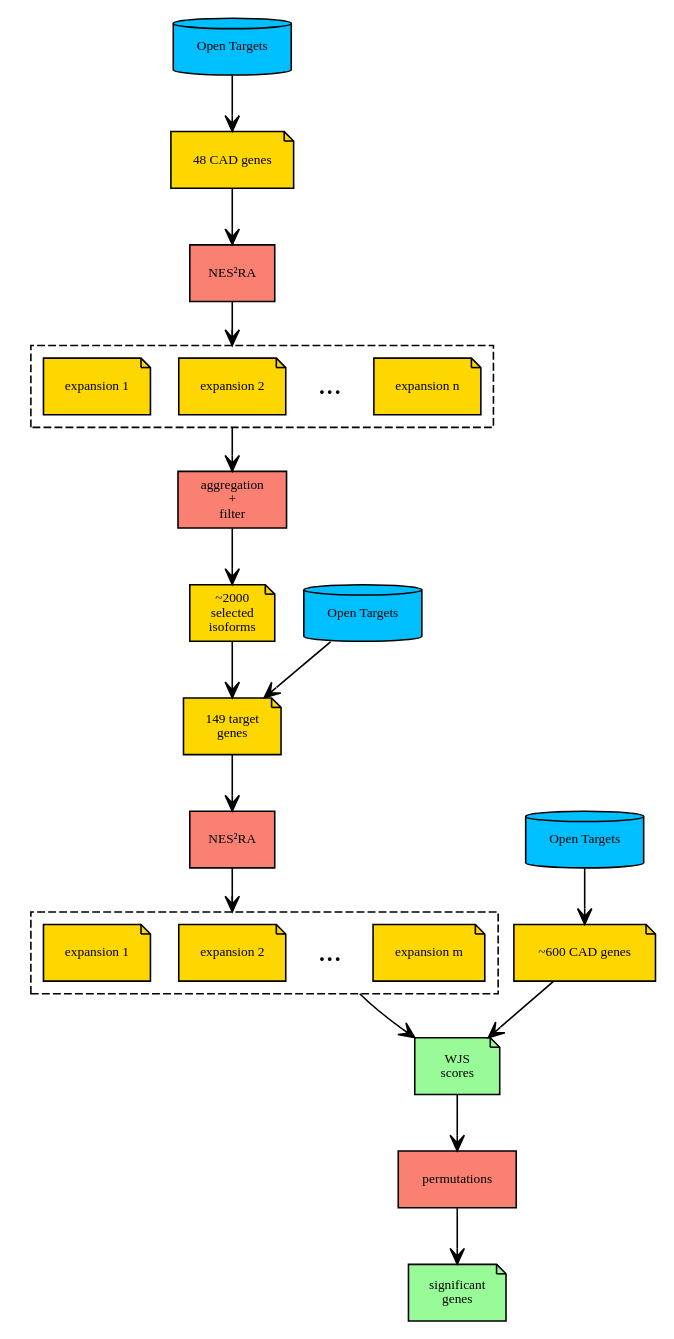
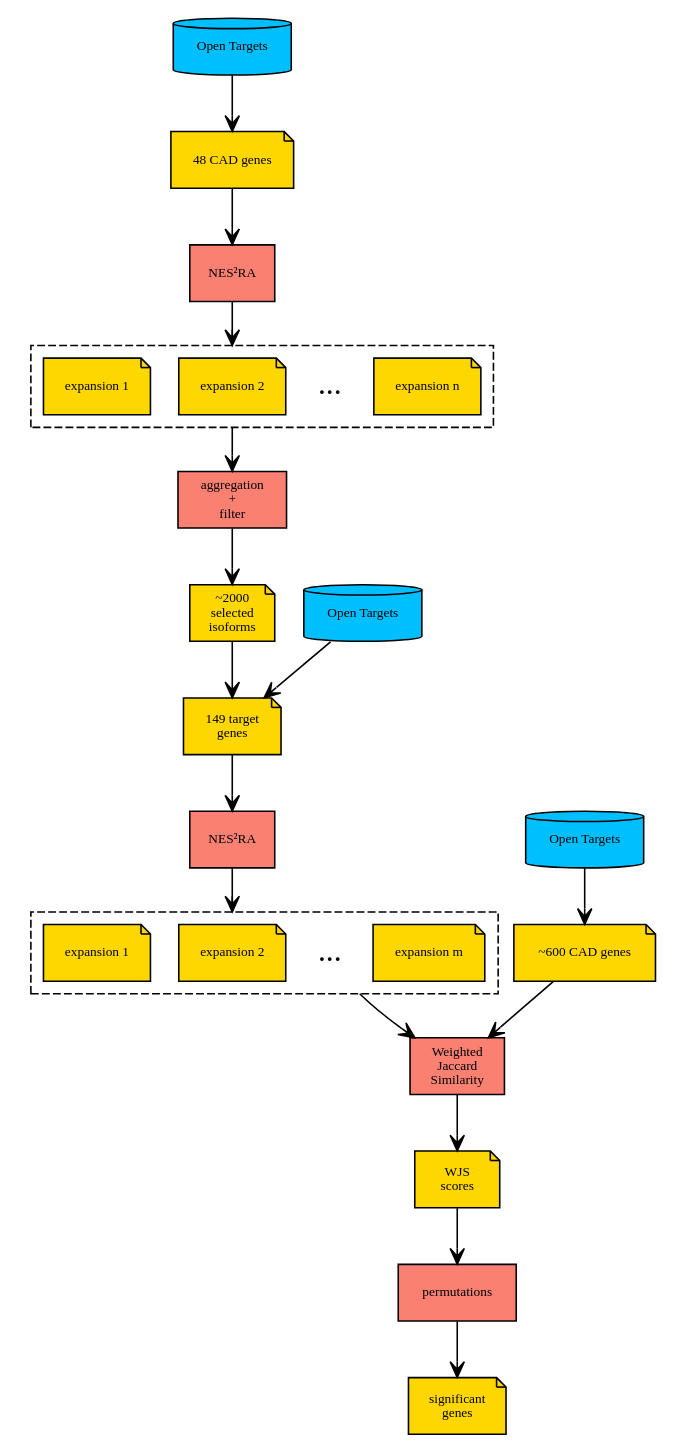
One commit to Matteo-Ciciani/DataMiningReport changed the diagram in pipeline.gv. Above: the diagram before and after it, drawn with Graphviz. The commit also changed 1 other file, not shown here.

```diff
--- a/pipeline.gv
+++ b/pipeline.gv
@@ -1,42 +1,43 @@
 digraph workflow {
     compound = true
     edge[arrowhead = vee]
     node[fontsize = 8.5]
     OT [shape = cylinder, label = "Open Targets", style = filled, fillcolor = DeepSkyBlue]
     CAD [shape = note, label = "48 CAD genes", style = filled, fillcolor = Gold]
     NESSRA [shape = box, label = "NES²RA", style = filled, fillcolor = Salmon]
     subgraph cluster_1 {
         labeljust = "l"
         style = dashed
         n [shape = note, label = "expansion n", style = filled, fillcolor = Gold]
         dots [shape = plain, label = "...", fontsize = 20]
         2 [shape = note, label = "expansion 2", style = filled, fillcolor = Gold]
         1 [shape = note, label = "expansion 1", style = filled, fillcolor = Gold]
     }
     filter [shape = box, label = "aggregation\n+\nfilter", style = filled, fillcolor = Salmon]
     iso_2k [shape = note, label = "~2000\nselected\nisoforms", style = filled, fillcolor = Gold]
     OT2 [shape = cylinder, label = "Open Targets", style = filled, fillcolor = DeepSkyBlue]
     targets [shape = note, label = "149 target\ngenes", style = filled, fillcolor = Gold]
     NESSRA2 [shape = box, label = "NES²RA", style = filled, fillcolor = Salmon]
     subgraph cluster_2 {
         style = dashed
         n2 [shape = note, label = "expansion m", style = filled, fillcolor = Gold]
         dots2 [shape = plain, label = "...", fontsize = 20]
         22 [shape = note, label = "expansion 2", style = filled, fillcolor = Gold]
         12 [shape = note, label = "expansion 1", style = filled, fillcolor = Gold]
     }
     OT3 [shape = cylinder, label = "Open Targets", style = filled, fillcolor = DeepSkyBlue]
     CAD2 [shape = note, label = "~600 CAD genes", style = filled, fillcolor = Gold]
-    WJS [shape = note, label = "WJS\nscores", style = filled, fillcolor = PaleGreen]
+    WJSmethod [shape = box, label = "Weighted\nJaccard\nSimilarity", style = filled, fillcolor = Salmon]
+    WJS [shape = note, label = "WJS\nscores", style = filled, fillcolor = Gold]
     null [shape = box, label = "permutations", style = filled, fillcolor = Salmon]
-    pvals [shape = note, label = "significant\ngenes", style = filled, fillcolor = PaleGreen]
+    pvals [shape = note, label = "significant\ngenes", style = filled, fillcolor = Gold]
     
     OT -> CAD -> NESSRA
     NESSRA -> 2 [lhead = cluster_1]
     2 -> filter [ltail = cluster_1]
     filter -> iso_2k
     {OT2 iso_2k} -> targets -> NESSRA2
     NESSRA2 -> 22 [lhead = cluster_2]
-    dots2 -> WJS [ltail = cluster_2]
-    OT3 -> CAD2 -> WJS -> null -> pvals
+    dots2 -> WJSmethod [ltail = cluster_2]
+    OT3 -> CAD2 -> WJSmethod -> WJS -> null -> pvals
 }
```
